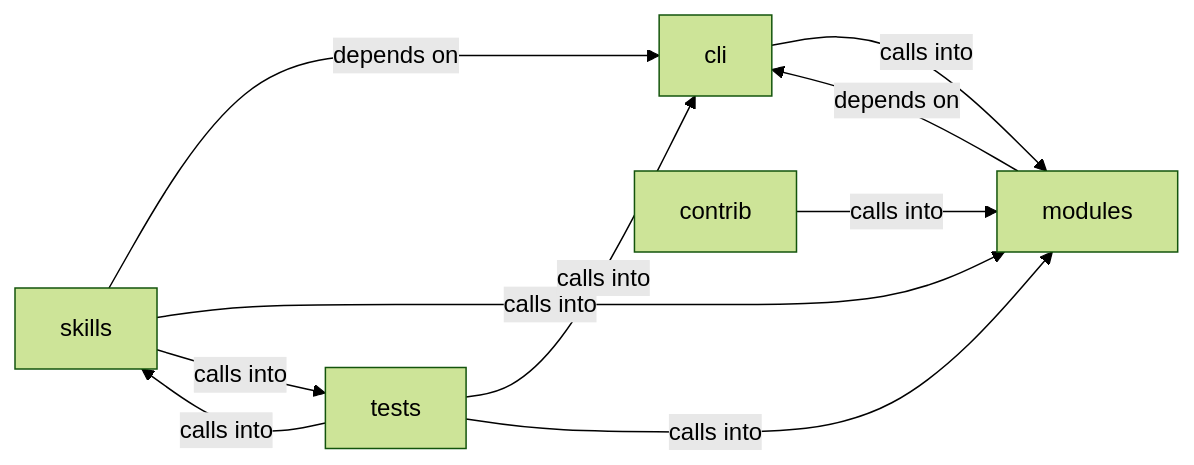
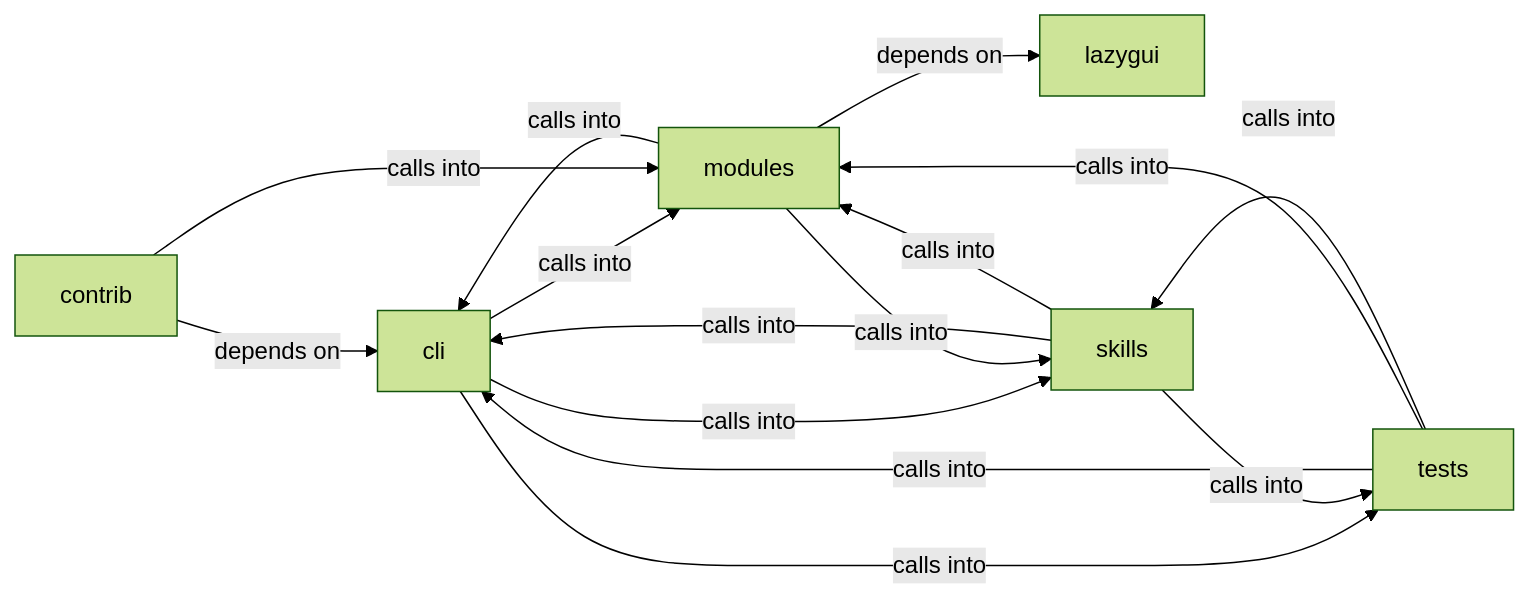
The diagram in readmenator-diagrams/modules_autonomous_daemon.md (grisuno/LazyOwn), drawn with Mermaid (forest theme) before and after one commit. The commit also changed other lines of this file and 1160 other files, not shown here.

````diff
--- a/readmenator-diagrams/modules_autonomous_daemon.md
+++ b/readmenator-diagrams/modules_autonomous_daemon.md
@@ -5,17 +5,23 @@
 ```mermaid
 graph LR
     cli["cli"]
     contrib["contrib"]
+    lazygui["lazygui"]
     modules["modules"]
     skills["skills"]
     tests["tests"]
     cli -- "calls into" --> modules
+    cli -- "calls into" --> skills
+    cli -- "calls into" --> tests
+    contrib -- "depends on" --> cli
     contrib -- "calls into" --> modules
-    modules -- "depends on" --> cli
-    skills -- "depends on" --> cli
+    modules -- "calls into" --> cli
+    modules -- "depends on" --> lazygui
+    modules -- "calls into" --> skills
+    skills -- "calls into" --> cli
     skills -- "calls into" --> modules
     skills -- "calls into" --> tests
     tests -- "calls into" --> cli
     tests -- "calls into" --> modules
     tests -- "calls into" --> skills
 ```
````
